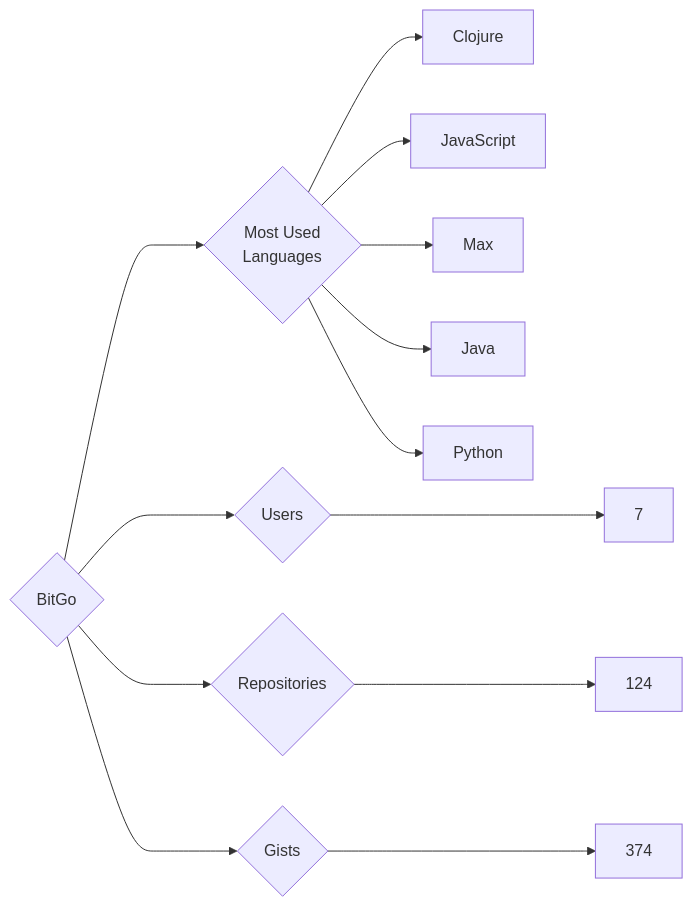
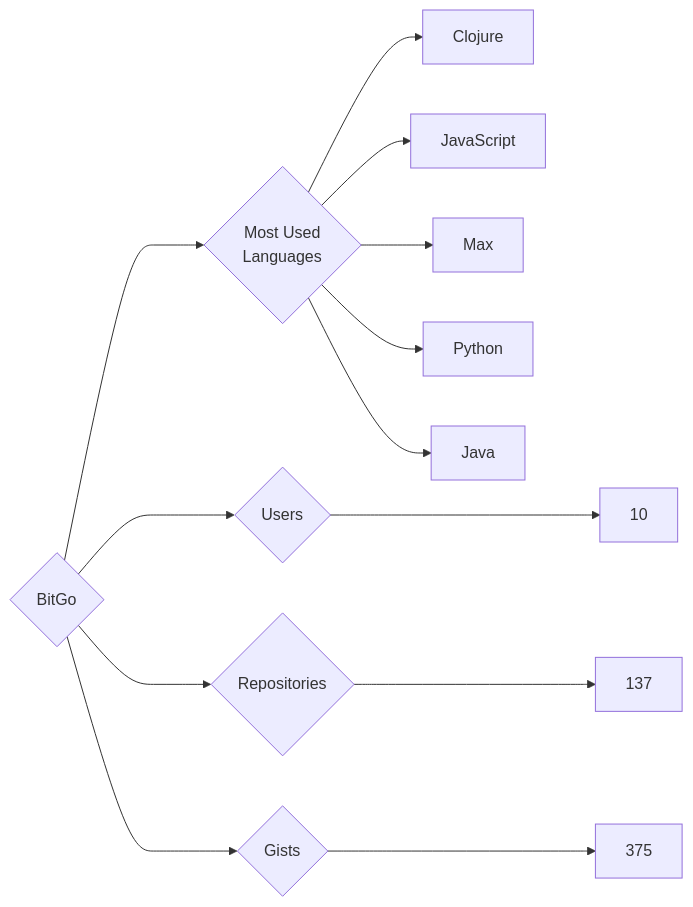
The diagram in targets/BitGo/README.md (trickest/insiders), drawn with Mermaid before and after one commit. The commit also changed 859 other files, not shown here.

````diff
--- a/targets/BitGo/README.md
+++ b/targets/BitGo/README.md
@@ -3,13 +3,13 @@
 ```mermaid
 graph LR
 COMPANY_NAME{BitGo}
-COMPANY_NAME ---> U{Users} ---> UN[7]
-COMPANY_NAME ---> R{Repositories} ---> RN[124]
-COMPANY_NAME ---> G{Gists} ---> GN[374]
+COMPANY_NAME ---> U{Users} ---> UN[10]
+COMPANY_NAME ---> R{Repositories} ---> RN[137]
+COMPANY_NAME ---> G{Gists} ---> GN[375]
 COMPANY_NAME ---> ML{Most Used<br>Languages}
 ML --> Clojure[Clojure]
 ML --> JavaScript[JavaScript]
 ML --> Max[Max]
+ML --> Python[Python]
 ML --> Java[Java]
-ML --> Python[Python]
 ```
````
